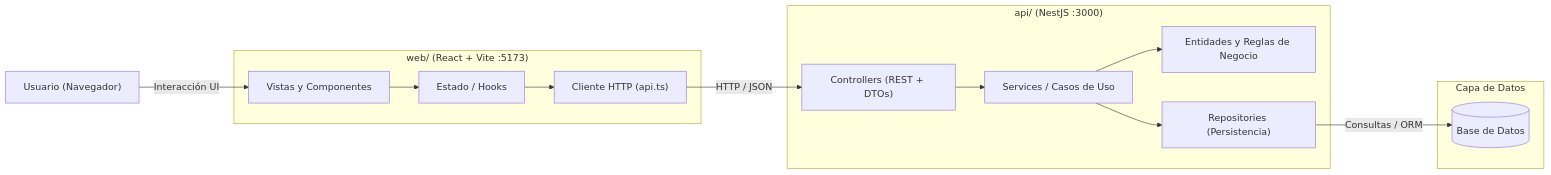
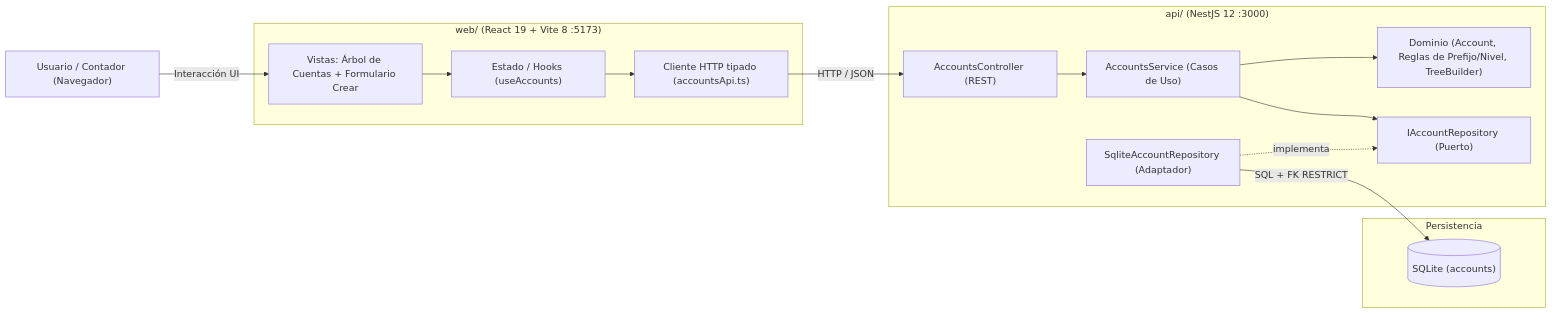
One commit to Lokcis/tech-assessment-starter-fullstack changed the first of 5 diagrams in docs/arquitectura.md. Above: the diagram before and after it, drawn with Mermaid. The commit also changed other lines of this file and 3 other files, not shown here.

Commit message:
docs: definir requerimientos, modelo de datos y arquitectura del catálogo de cuentas

````diff
--- a/docs/arquitectura.md
+++ b/docs/arquitectura.md
@@ -28,29 +31,31 @@
 ```mermaid
 flowchart LR
-    User["Usuario (Navegador)"]
+    User["Usuario / Contador (Navegador)"]
 
-    subgraph Frontend["web/ (React + Vite :5173)"]
-        UI["Vistas y Componentes"]
-        State["Estado / Hooks"]
-        ApiClient["Cliente HTTP (api.ts)"]
+    subgraph Frontend["web/ (React 19 + Vite 8 :5173)"]
+        UI["Vistas: Árbol de Cuentas + Formulario Crear"]
+        State["Estado / Hooks (useAccounts)"]
+        ApiClient["Cliente HTTP tipado (accountsApi.ts)"]
         UI --> State --> ApiClient
     end
 
-    subgraph Backend["api/ (NestJS :3000)"]
-        Controller["Controllers (REST + DTOs)"]
-        Service["Services / Casos de Uso"]
-        Domain["Entidades y Reglas de Negocio"]
-        Repo["Repositories (Persistencia)"]
+    subgraph Backend["api/ (NestJS 12 :3000)"]
+        Controller["AccountsController (REST)"]
+        Service["AccountsService (Casos de Uso)"]
+        Domain["Dominio (Account, Reglas de Prefijo/Nivel, TreeBuilder)"]
+        Port["IAccountRepository (Puerto)"]
+        Repo["SqliteAccountRepository (Adaptador)"]
         Controller --> Service
         Service --> Domain
-        Service --> Repo
+        Service --> Port
+        Repo -.->|implementa| Port
     end
 
-    subgraph Data["Capa de Datos"]
-        DB[("Base de Datos")]
+    subgraph Data["Persistencia"]
+        DB[("SQLite (accounts)")]
     end
 
     User -->|Interacción UI| UI
     ApiClient -->|HTTP / JSON| Controller
-    Repo -->|Consultas / ORM| DB
+    Repo -->|SQL + FK RESTRICT| DB
 ```
````
